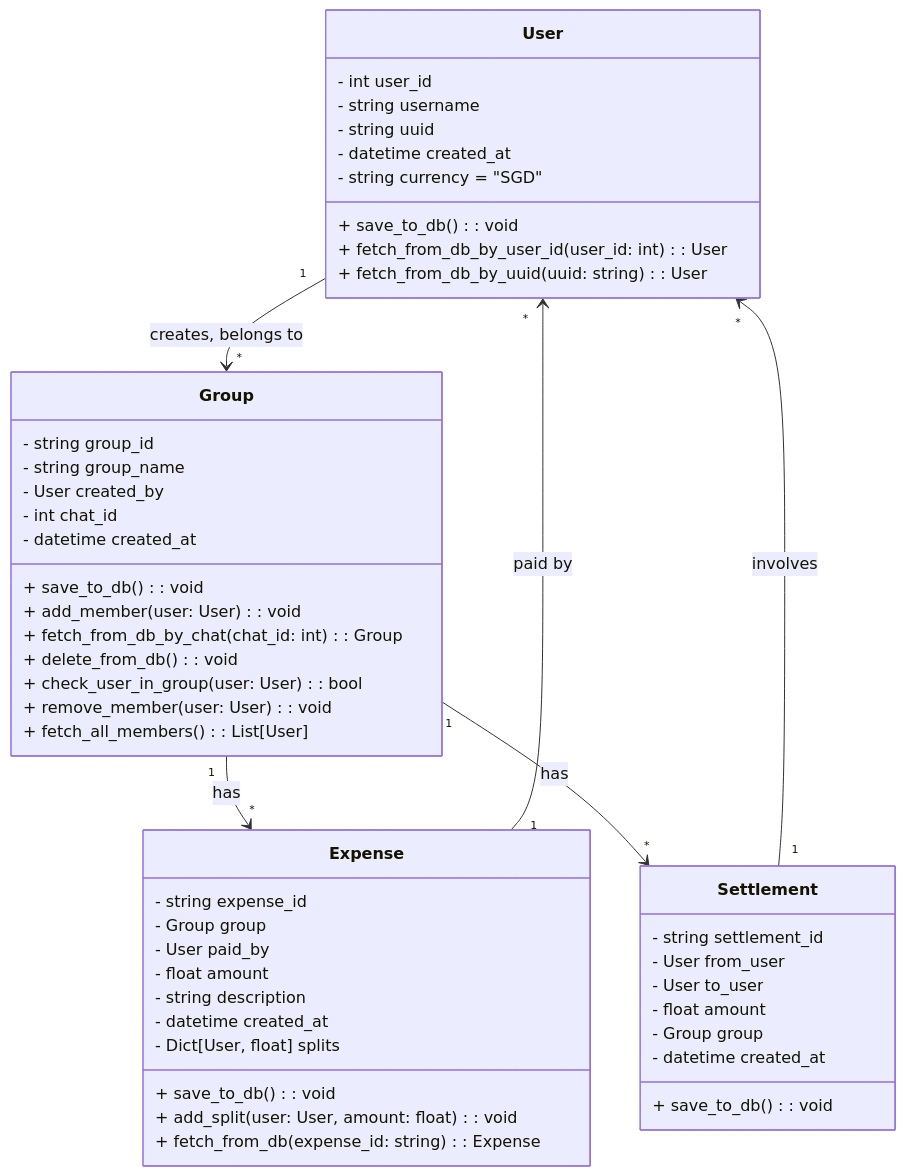
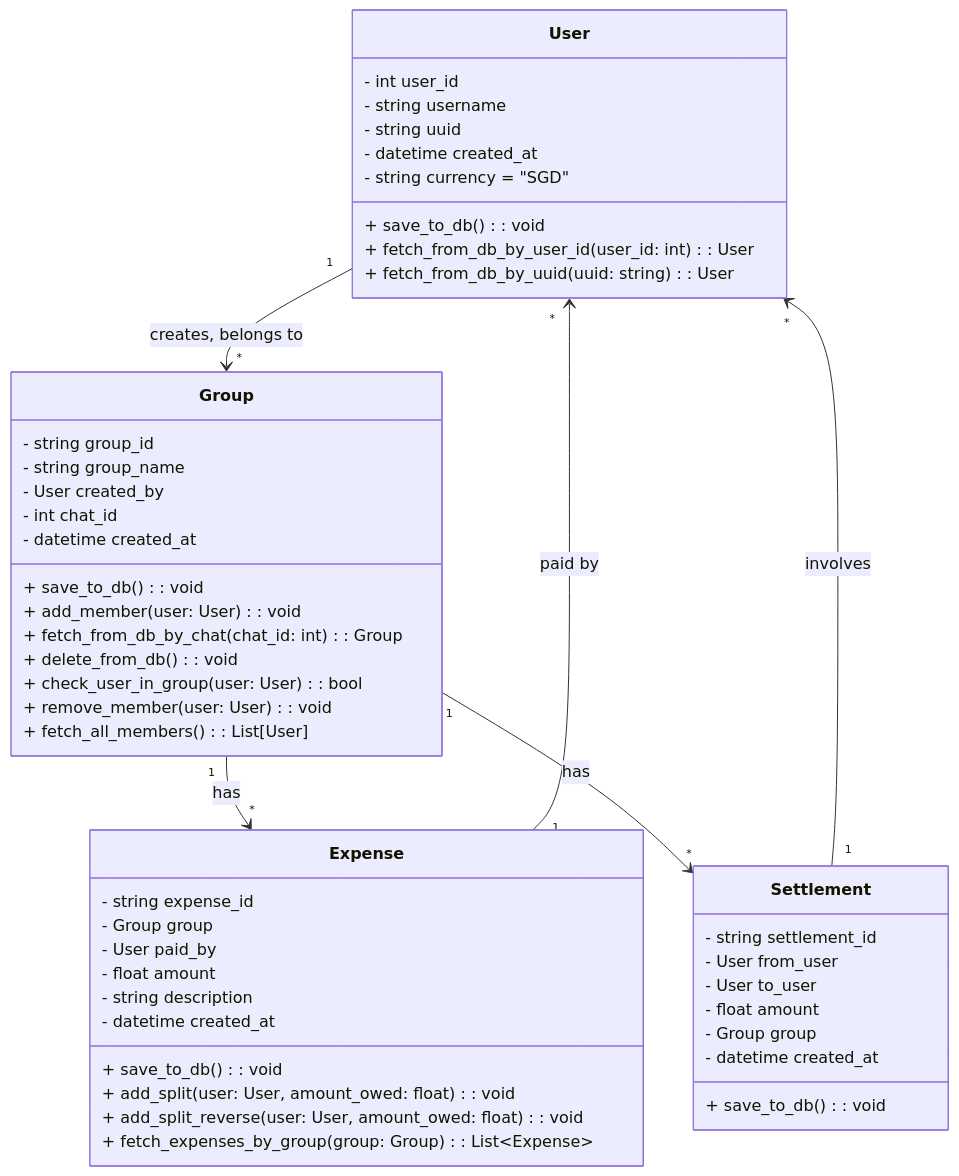
Before and after one commit to davidchanwz/coconutsplit: the second of 2 diagrams in README.md, drawn with Mermaid. The commit also changed other lines of this file and 2 other files, not shown here.

Commit message:
add show expenses

````diff
--- a/README.md
+++ b/README.md
@@ -234,58 +234,58 @@
 ```mermaid
 
 classDiagram
     class User {
         - int user_id
         - string username
         - string uuid
         - datetime created_at
         - string currency = "SGD"
         + save_to_db(): void
         + fetch_from_db_by_user_id(user_id: int): User
         + fetch_from_db_by_uuid(uuid: string): User
     }
     
     class Group {
         - string group_id
         - string group_name
         - User created_by
         - int chat_id
         - datetime created_at
         + save_to_db(): void
         + add_member(user: User): void
         + fetch_from_db_by_chat(chat_id: int): Group
         + delete_from_db(): void
         + check_user_in_group(user: User): bool
         + remove_member(user: User): void
         + fetch_all_members(): List[User]
     }
 
     class Expense {
         - string expense_id
         - Group group
         - User paid_by
         - float amount
         - string description
         - datetime created_at
-        - Dict[User, float] splits
         + save_to_db(): void
-        + add_split(user: User, amount: float): void
-        + fetch_from_db(expense_id: string): Expense
+        + add_split(user: User, amount_owed: float): void
+        + add_split_reverse(user: User, amount_owed: float): void
+        + fetch_expenses_by_group(group: Group): List~Expense~
     }
 
     class Settlement {
         - string settlement_id
         - User from_user
         - User to_user
         - float amount
         - Group group
         - datetime created_at
         + save_to_db(): void
     }
 
     User "1" --> "*" Group : creates, belongs to
     Group "1" --> "*" Expense : has
     Expense "1" --> "*" User : paid by
     Group "1" --> "*" Settlement : has
     Settlement "1" --> "*" User : involves
 ```
````
